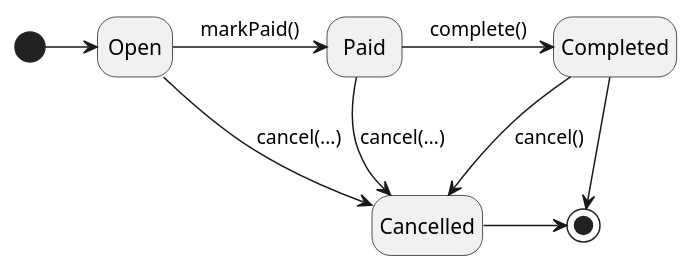
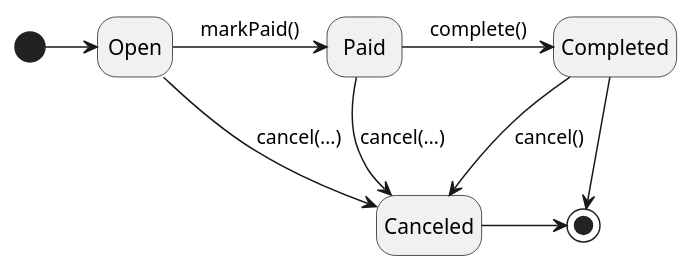
The second of 4 diagrams in src/main/asciidoc/salespoint-reference.adoc (st-tu-dresden/salespoint), drawn with PlantUML before and after one commit. The commit also changed other lines of this file and 13 other files, not shown here.

First line of the commit message:
#385 - Changed spelling of cancelled to canceled.

```diff
--- a/src/main/asciidoc/salespoint-reference.adoc
+++ b/src/main/asciidoc/salespoint-reference.adoc
@@ -408,13 +408,13 @@
 [plantuml, order-lifecycle, svg]
 ....
 hide empty description
 
 [*] -> Open
 Open -> Paid : markPaid()
-Open -> Cancelled : cancel(…)
-Paid -> Cancelled : cancel(…)
+Open -> Canceled : cancel(…)
+Paid -> Canceled : cancel(…)
 Paid -> Completed : complete()
-Completed --> Cancelled : cancel()
-Cancelled -right-> [*]
+Completed --> Canceled : cancel()
+Canceled -right-> [*]
 Completed --> [*]
 ....
```
